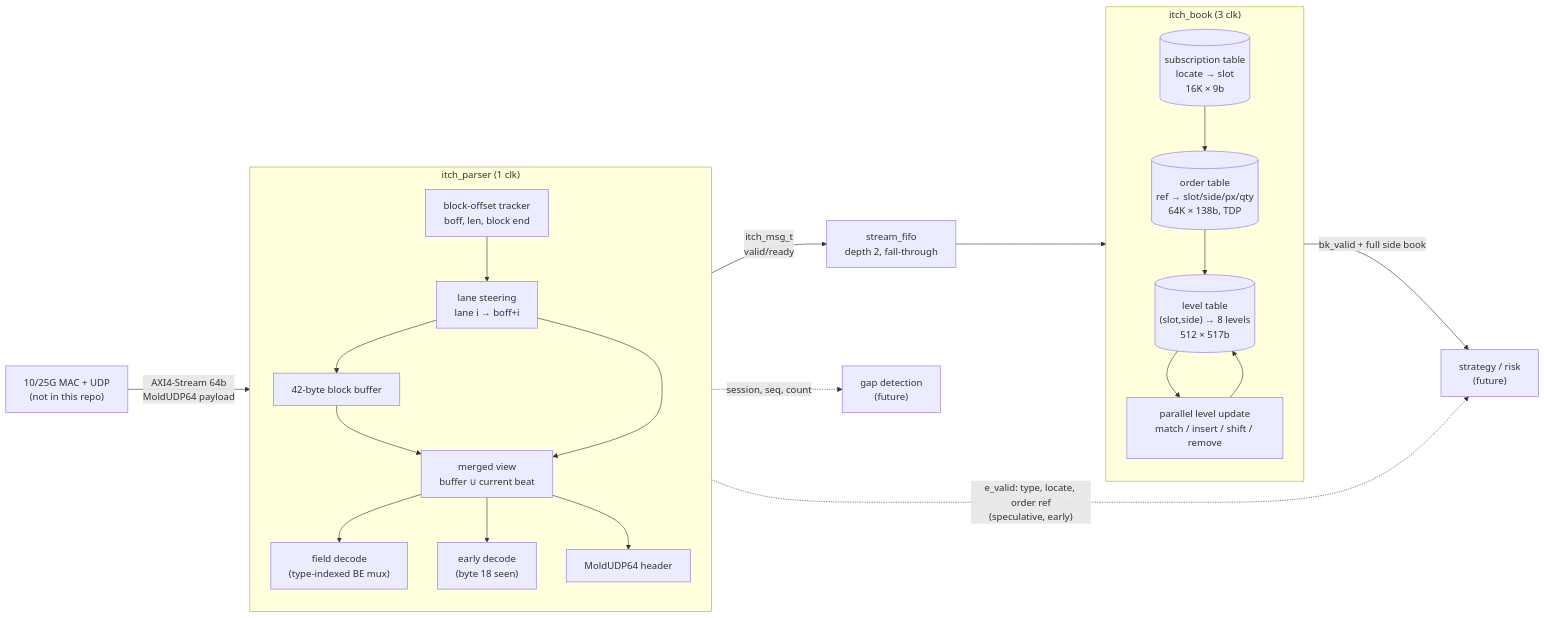
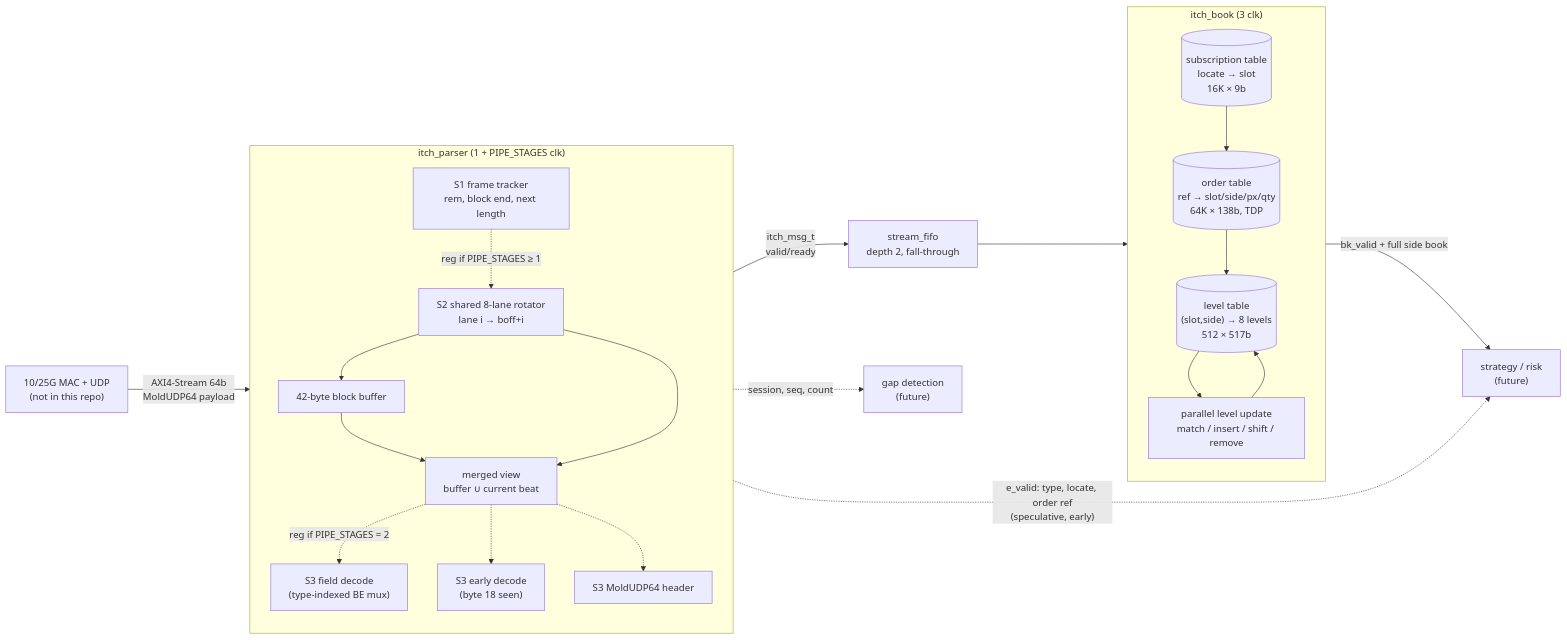
The diagram in README.md (gambrelcolby63/itch5-parser-sv), drawn with Mermaid before and after one commit. The commit also changed other lines of this file, not shown here.

First line of the commit message:
README: timing analysis, PIPE_STAGES results and latency/Fmax tradeoff

````diff
--- a/README.md
+++ b/README.md
@@ -30,31 +32,31 @@
 ```mermaid
 flowchart LR
     MAC["10/25G MAC + UDP<br/>(not in this repo)"] -->|"AXI4-Stream 64b<br/>MoldUDP64 payload"| P
 
-    subgraph P["itch_parser (1 clk)"]
+    subgraph P["itch_parser (1 + PIPE_STAGES clk)"]
         direction TB
-        OFF["block-offset tracker<br/>boff, len, block end"] --> STEER["lane steering<br/>lane i → boff+i"]
+        OFF["S1 frame tracker<br/>rem, block end, next length"] -.->|"reg if PIPE_STAGES ≥ 1"| STEER["S2 shared 8-lane rotator<br/>lane i → boff+i"]
         STEER --> BUF["42-byte block buffer"]
         BUF --> MV["merged view<br/>buffer ∪ current beat"]
         STEER --> MV
-        MV --> DEC["field decode<br/>(type-indexed BE mux)"]
-        MV --> EARLY["early decode<br/>(byte 18 seen)"]
-        MV --> HDR["MoldUDP64 header"]
+        MV -.->|"reg if PIPE_STAGES = 2"| DEC["S3 field decode<br/>(type-indexed BE mux)"]
+        MV -.-> EARLY["S3 early decode<br/>(byte 18 seen)"]
+        MV -.-> HDR["S3 MoldUDP64 header"]
     end
 
     DEC -->|"itch_msg_t<br/>valid/ready"| FIFO["stream_fifo<br/>depth 2, fall-through"]
     FIFO --> B
 
     subgraph B["itch_book (3 clk)"]
         direction TB
         SUB[("subscription table<br/>locate → slot<br/>16K × 9b")]
         ORD[("order table<br/>ref → slot/side/px/qty<br/>64K × 138b, TDP")]
         LVL[("level table<br/>(slot,side) → 8 levels<br/>512 × 517b")]
         UPD["parallel level update<br/>match / insert / shift / remove"]
         SUB --> ORD --> LVL --> UPD --> LVL
     end
 
     B -->|"bk_valid + full side book"| STRAT["strategy / risk<br/>(future)"]
     EARLY -.->|"e_valid: type, locate, order ref<br/>(speculative, early)"| STRAT
     HDR -.->|"session, seq, count"| GAP["gap detection<br/>(future)"]
 ```
````
